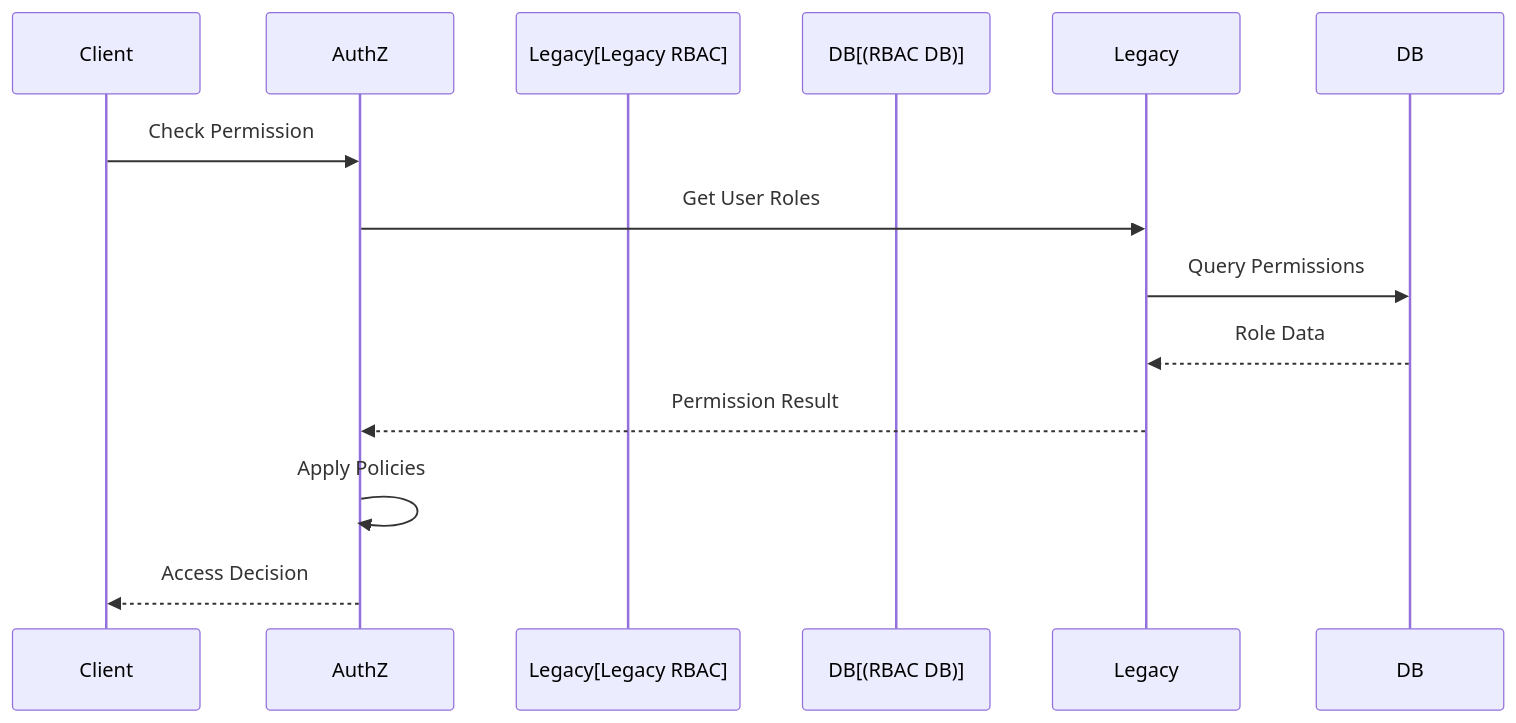
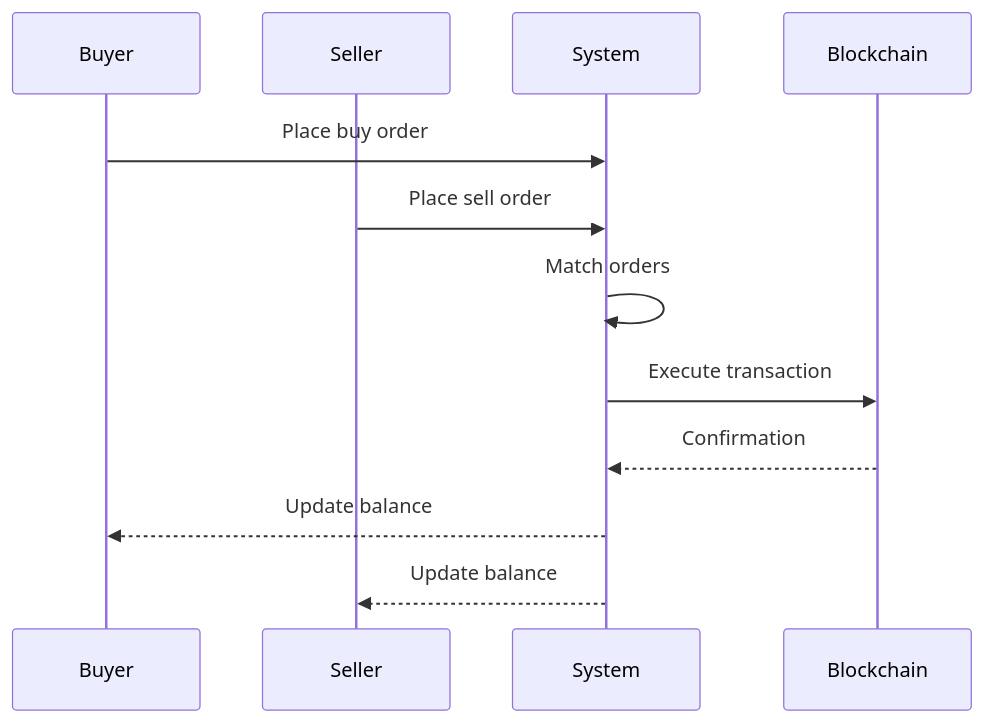
The fourth of 4 diagrams in docs/rd.en.md (metafi-blockchain/metafi-digital-assets-service), drawn with Mermaid before and after one commit. The commit also changed other lines of this file and 1 other file, not shown here.

````diff
--- a/docs/rd.en.md
+++ b/docs/rd.en.md
@@ -330,15 +536,15 @@
 ```mermaid
 sequenceDiagram
-    participant Client
-    participant AuthZ
-    participant Legacy[Legacy RBAC]
-    participant DB[(RBAC DB)]
+    participant Buyer
+    participant Seller
+    participant System
+    participant Blockchain
     
-    Client->>AuthZ: Check Permission
-    AuthZ->>Legacy: Get User Roles
-    Legacy->>DB: Query Permissions
-    DB-->>Legacy: Role Data
-    Legacy-->>AuthZ: Permission Result
-    AuthZ->>AuthZ: Apply Policies
-    AuthZ-->>Client: Access Decision
+    Buyer->>System: Place buy order
+    Seller->>System: Place sell order
+    System->>System: Match orders
+    System->>Blockchain: Execute transaction
+    Blockchain-->>System: Confirmation
+    System-->>Buyer: Update balance
+    System-->>Seller: Update balance
 ```
````
